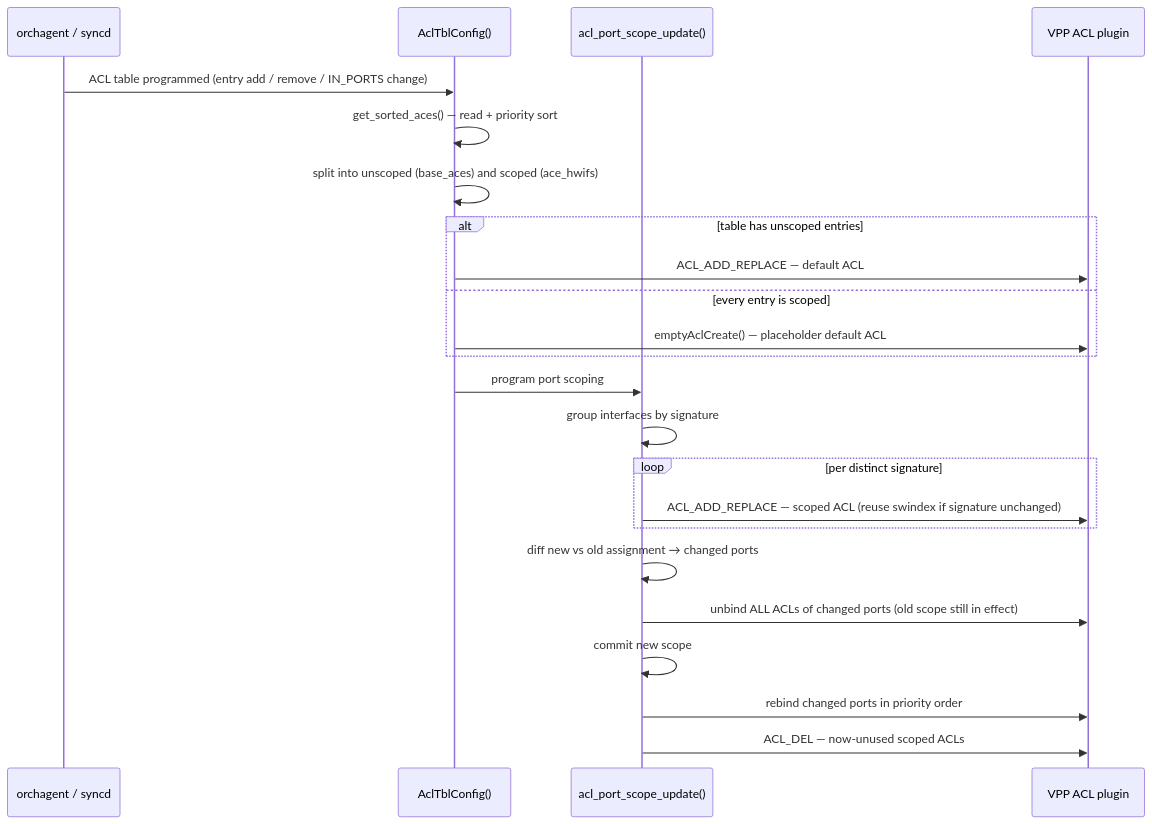
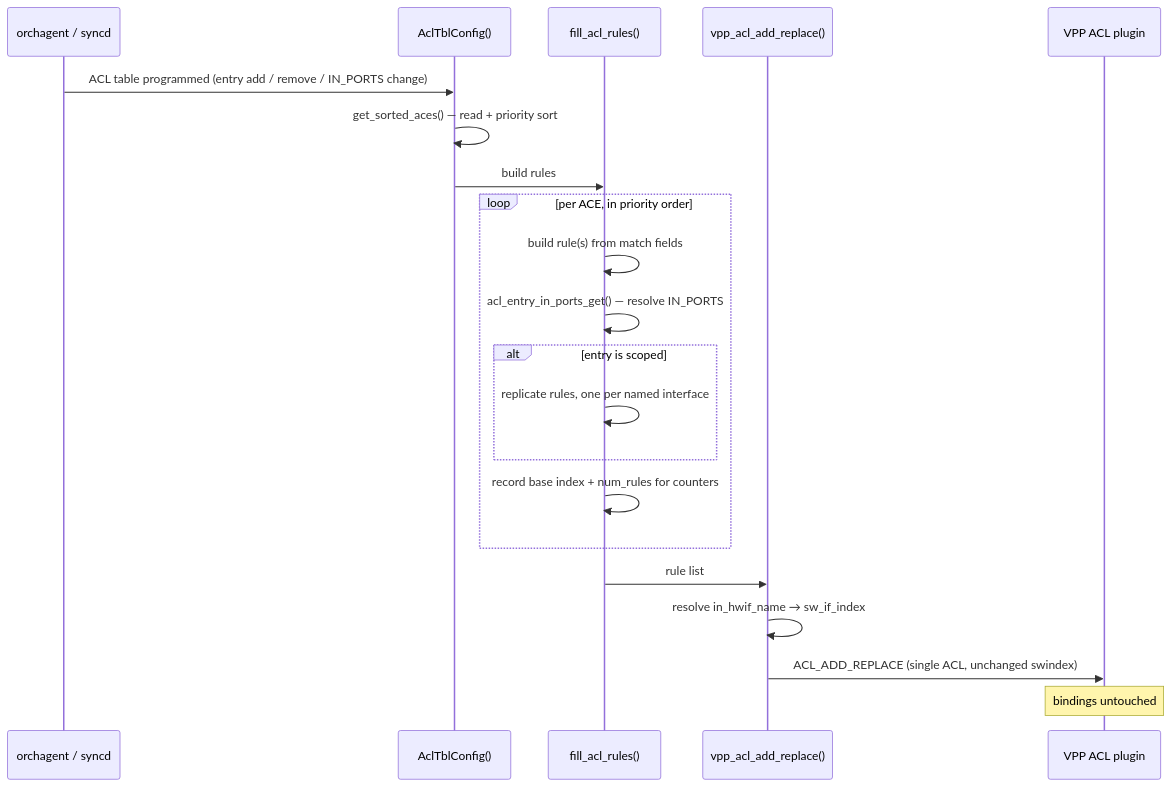
Before and after one commit to sonic-net/SONiC: the second of 2 diagrams in doc/vpp/vpp_acl_in_ports_HLD.md, drawn with Mermaid. The commit also changed other lines of this file, not shown here.

````diff
--- a/doc/vpp/vpp_acl_in_ports_HLD.md
+++ b/doc/vpp/vpp_acl_in_ports_HLD.md
@@ -338,28 +407,24 @@
 ```mermaid
 sequenceDiagram
     participant Orch as orchagent / syncd
     participant Cfg as AclTblConfig()
-    participant Scope as acl_port_scope_update()
+    participant Fill as fill_acl_rules()
+    participant Xlate as vpp_acl_add_replace()
     participant VPP as VPP ACL plugin
 
     Orch->>Cfg: ACL table programmed (entry add / remove / IN_PORTS change)
     Cfg->>Cfg: get_sorted_aces() — read + priority sort
-    Cfg->>Cfg: split into unscoped (base_aces) and scoped (ace_hwifs)
-
-    alt table has unscoped entries
-        Cfg->>VPP: ACL_ADD_REPLACE — default ACL
-    else every entry is scoped
-        Cfg->>VPP: emptyAclCreate() — placeholder default ACL
+    Cfg->>Fill: build rules
+    loop per ACE, in priority order
+        Fill->>Fill: build rule(s) from match fields
+        Fill->>Fill: acl_entry_in_ports_get() — resolve IN_PORTS
+        alt entry is scoped
+            Fill->>Fill: replicate rules, one per named interface
+        end
+        Fill->>Fill: record base index + num_rules for counters
     end
-
-    Cfg->>Scope: program port scoping
-    Scope->>Scope: group interfaces by signature
-    loop per distinct signature
-        Scope->>VPP: ACL_ADD_REPLACE — scoped ACL (reuse swindex if signature unchanged)
-    end
-    Scope->>Scope: diff new vs old assignment → changed ports
-    Scope->>VPP: unbind ALL ACLs of changed ports (old scope still in effect)
-    Scope->>Scope: commit new scope
-    Scope->>VPP: rebind changed ports in priority order
-    Scope->>VPP: ACL_DEL — now-unused scoped ACLs
+    Fill->>Xlate: rule list
+    Xlate->>Xlate: resolve in_hwif_name → sw_if_index
+    Xlate->>VPP: ACL_ADD_REPLACE (single ACL, unchanged swindex)
+    Note over VPP: bindings untouched
 ```
````
